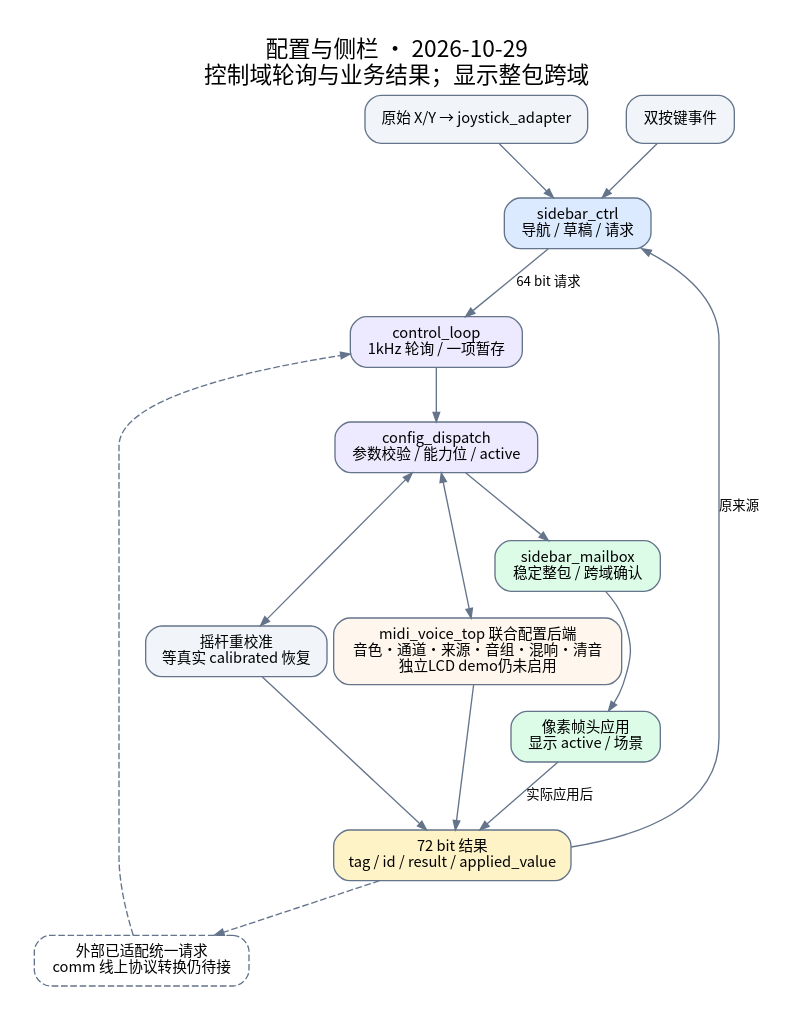
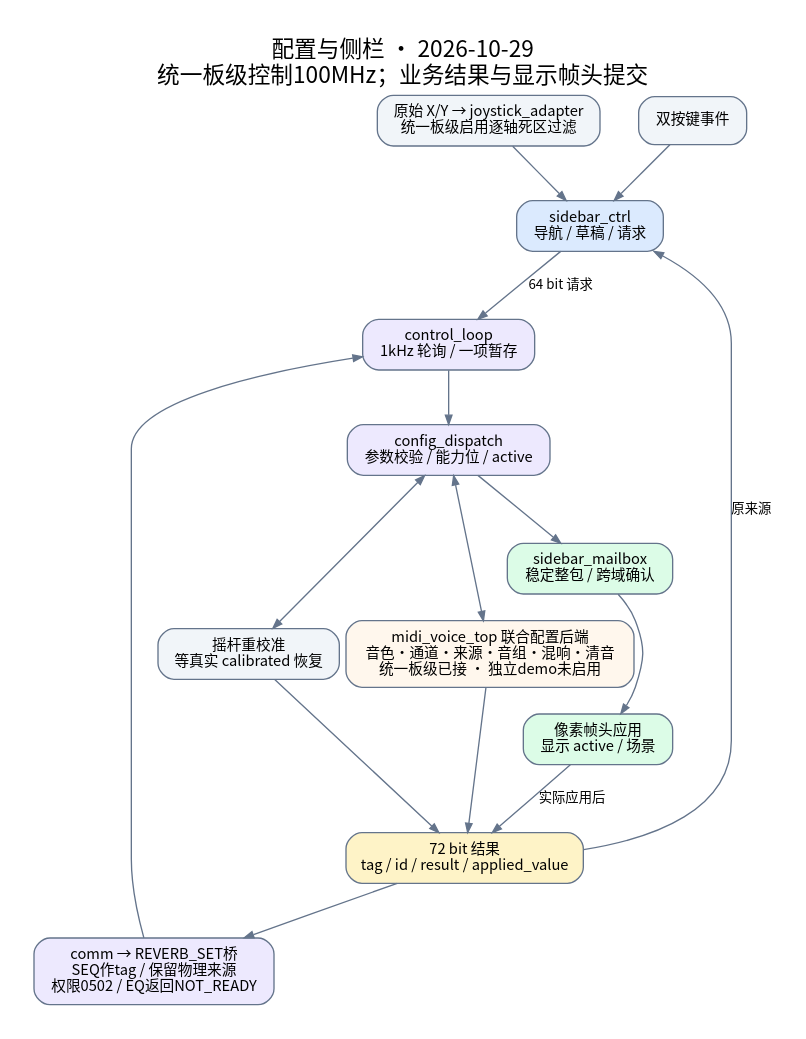
Before and after one commit to rubbishbro/FPGA_IDC_2026: the diagram in docs/diagrams/router_control_flow.dot, drawn with Graphviz. The commit also changed 81 other files, not shown here.

```diff
--- a/docs/diagrams/router_control_flow.dot
+++ b/docs/diagrams/router_control_flow.dot
@@ -1,22 +1,22 @@
 // 当前结构；不在图内维护 PASS/Fmax，结果见文档维护与验证。
 digraph router_control_flow {
 graph [fontname="Noto Sans CJK SC",fontsize=17,rankdir=TB,nodesep=0.4,ranksep=0.55,bgcolor="white",pad=0.25];
 node [shape=box,style="rounded,filled",fontname="Noto Sans CJK SC",fontsize=11,margin="0.16,0.10",color="#64748b",fillcolor="#f1f5f9"];
 edge [fontname="Noto Sans CJK SC",fontsize=10,color="#64748b",arrowsize=0.7];
 
-label="配置与侧栏 · 2026-10-29\n控制域轮询与业务结果；显示整包跨域";labelloc=t;
-joy [label="原始 X/Y → joystick_adapter"];
+label="配置与侧栏 · 2026-10-29\n统一板级控制100MHz；业务结果与显示帧头提交";labelloc=t;
+joy [label="原始 X/Y → joystick_adapter\n统一板级启用逐轴死区过滤"];
 key [label="双按键事件"];
 ui [label="sidebar_ctrl\n导航 / 草稿 / 请求",fillcolor="#dbeafe"];
-ext [label="外部已适配统一请求\ncomm 线上协议转换仍待接",style="rounded,dashed"];
+ext [label="comm → REVERB_SET桥\nSEQ作tag / 保留物理来源\n权限0502 / EQ返回NOT_READY",fillcolor="#ede9fe"];
 loop [label="control_loop\n1kHz 轮询 / 一项暂存",fillcolor="#ede9fe"];
 cfg [label="config_dispatch\n参数校验 / 能力位 / active",fillcolor="#ede9fe"];
 cal [label="摇杆重校准\n等真实 calibrated 恢复"];
-backend [label="midi_voice_top 联合配置后端\n音色·通道·来源·音组·混响·清音\n独立LCD demo仍未启用",fillcolor="#fff7ed"];
+backend [label="midi_voice_top 联合配置后端\n音色·通道·来源·音组·混响·清音\n统一板级已接 · 独立demo未启用",fillcolor="#fff7ed"];
 mail [label="sidebar_mailbox\n稳定整包 / 跨域确认",fillcolor="#dcfce7"];
 frame [label="像素帧头应用\n显示 active / 场景",fillcolor="#dcfce7"];
 rsp [label="72 bit 结果\ntag / id / result / applied_value",fillcolor="#fef3c7"];
-joy -> ui;key -> ui;ui -> loop [label="64 bit 请求"];ext -> loop [style=dashed];loop -> cfg;
+joy -> ui;key -> ui;ui -> loop [label="64 bit 请求"];ext -> loop;loop -> cfg;
 cfg -> cal [dir=both];cfg -> backend [dir=both];cfg -> mail;mail -> frame;
-frame -> rsp [label="实际应用后"];cal -> rsp;backend -> rsp;rsp -> ui [label="原来源"];rsp -> ext [style=dashed];
+frame -> rsp [label="实际应用后"];cal -> rsp;backend -> rsp;rsp -> ui [label="原来源"];rsp -> ext;
 }
```
